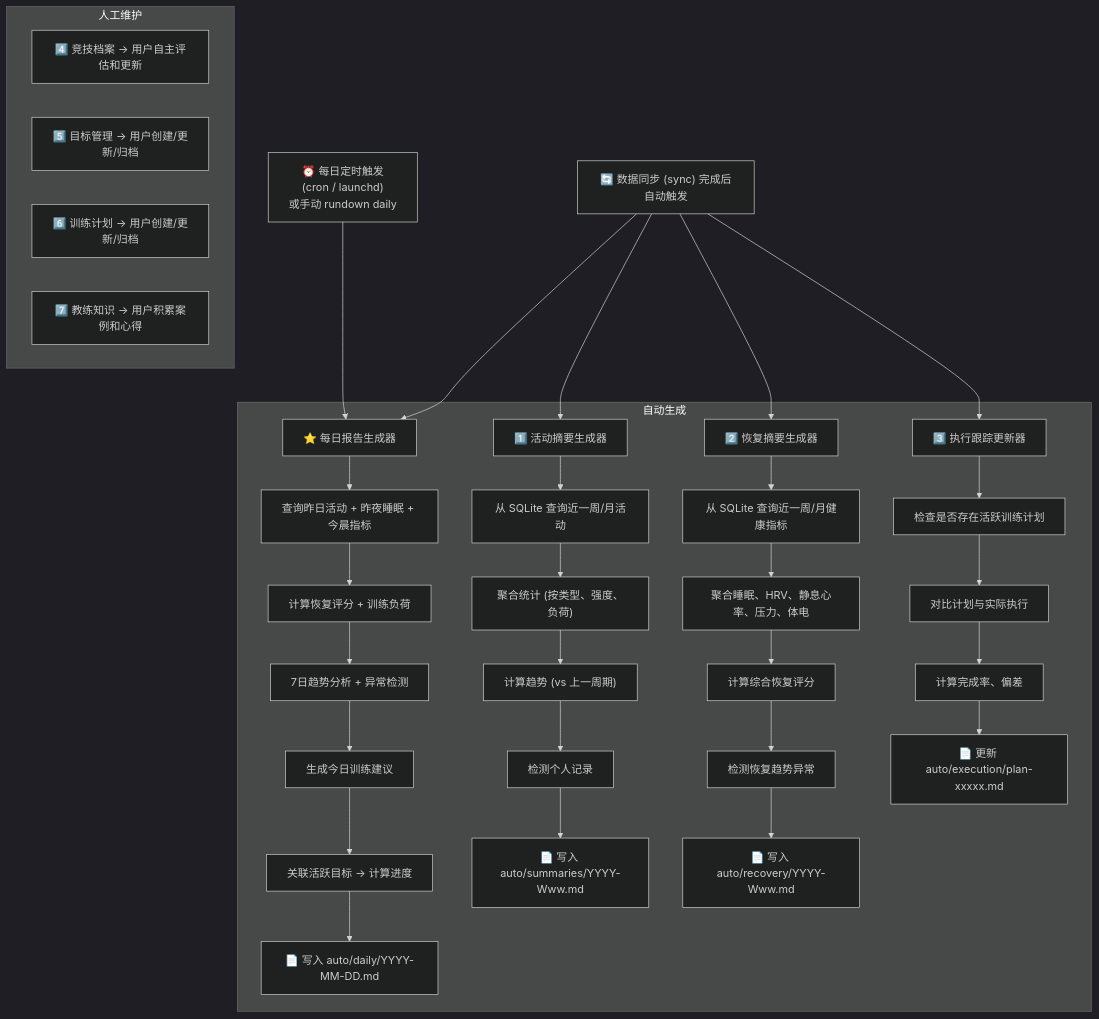
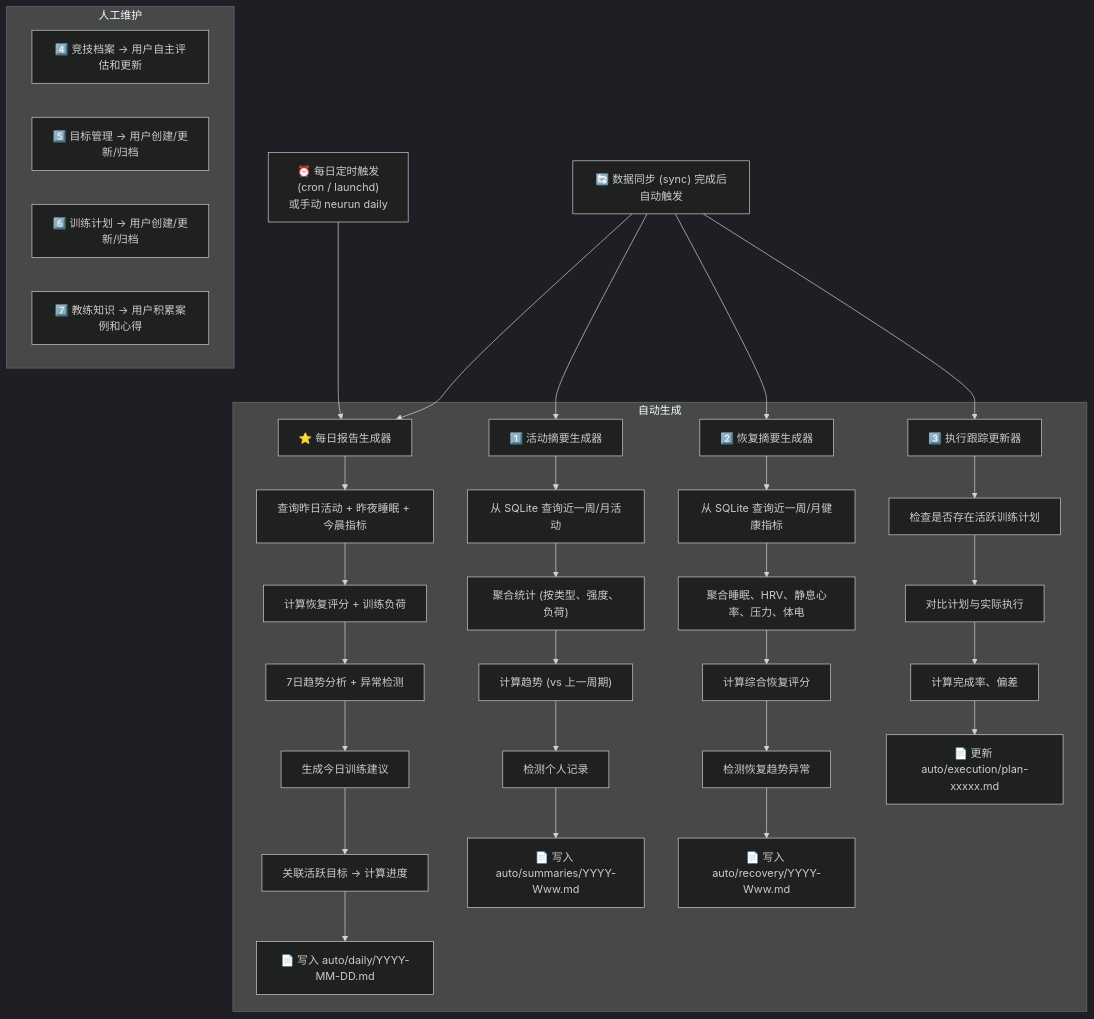
The second of 6 diagrams in docs/design/memory-system.md (qd1993102/rundown), drawn with Mermaid (dark theme) before and after one commit. The commit also changed other lines of this file and 65 other files, not shown here.

````diff
--- a/docs/design/memory-system.md
+++ b/docs/design/memory-system.md
@@ -774,48 +774,48 @@
 ```mermaid
 graph TD
     SYNC["🔄 数据同步 (sync) 完成后自动触发"]
-    DAILY_TRIGGER["⏰ 每日定时触发<br/>(cron / launchd)<br/>或手动 rundown daily"]
+    DAILY_TRIGGER["⏰ 每日定时触发<br/>(cron / launchd)<br/>或手动 neurun daily"]
 
     subgraph AUTO["自动生成"]
         S0["⭐ 每日报告生成器"]
         S0A["查询昨日活动 + 昨夜睡眠 + 今晨指标"]
         S0B["计算恢复评分 + 训练负荷"]
         S0C["7日趋势分析 + 异常检测"]
         S0D["生成今日训练建议"]
         S0E["关联活跃目标 → 计算进度"]
         S0F["📄 写入 auto/daily/YYYY-MM-DD.md"]
 
         S1["1️⃣ 活动摘要生成器"]
         S1A["从 SQLite 查询近一周/月活动"]
         S1B["聚合统计 (按类型、强度、负荷)"]
         S1C["计算趋势 (vs 上一周期)"]
         S1D["检测个人记录"]
         S1E["📄 写入 auto/summaries/YYYY-Www.md"]
 
         S2["2️⃣ 恢复摘要生成器"]
         S2A["从 SQLite 查询近一周/月健康指标"]
         S2B["聚合睡眠、HRV、静息心率、压力、体电"]
         S2C["计算综合恢复评分"]
         S2D["检测恢复趋势异常"]
         S2E["📄 写入 auto/recovery/YYYY-Www.md"]
 
         S3["3️⃣ 执行跟踪更新器"]
         S3A["检查是否存在活跃训练计划"]
         S3B["对比计划与实际执行"]
         S3C["计算完成率、偏差"]
         S3D["📄 更新 auto/execution/plan-xxxxx.md"]
     end
 
     subgraph MANUAL["人工维护"]
         M1["4️⃣ 竞技档案 → 用户自主评估和更新"]
         M2["5️⃣ 目标管理 → 用户创建/更新/归档"]
         M3["6️⃣ 训练计划 → 用户创建/更新/归档"]
         M4["7️⃣ 教练知识 → 用户积累案例和心得"]
     end
 
     SYNC --> S0 --> S0A --> S0B --> S0C --> S0D --> S0E --> S0F
     DAILY_TRIGGER --> S0
     SYNC --> S1 --> S1A --> S1B --> S1C --> S1D --> S1E
     SYNC --> S2 --> S2A --> S2B --> S2C --> S2D --> S2E
     SYNC --> S3 --> S3A --> S3B --> S3C --> S3D
 ```
````
